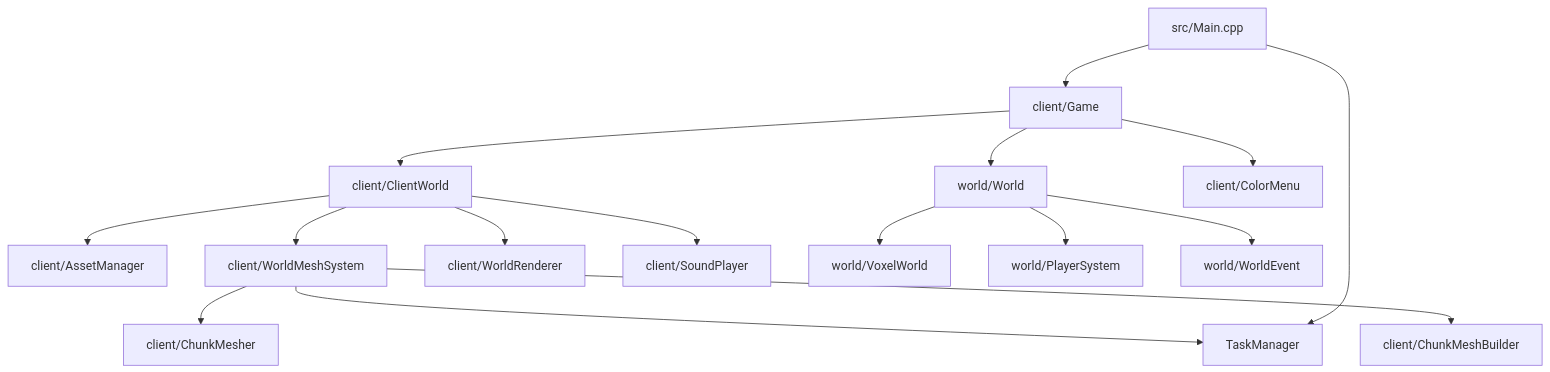
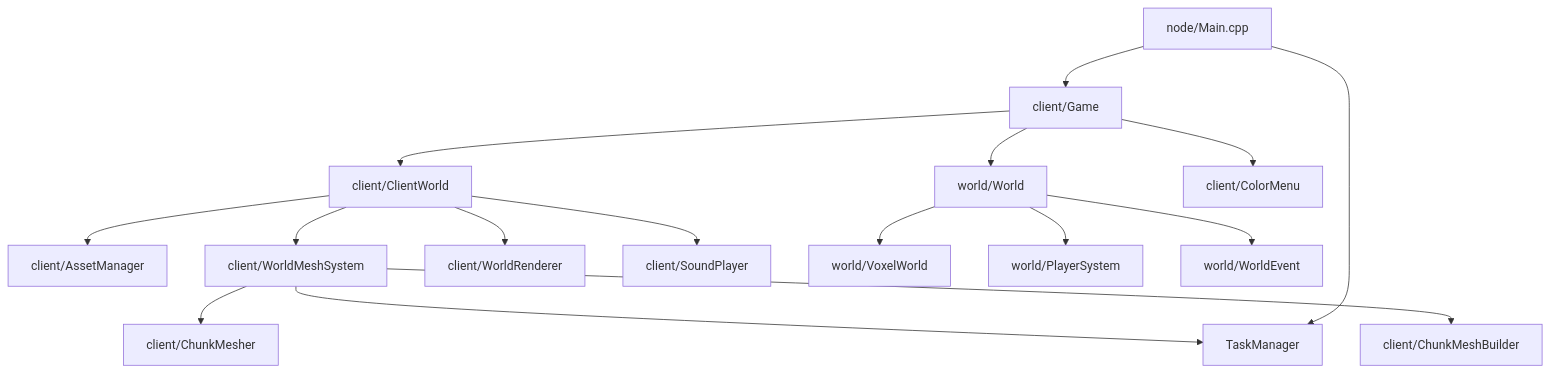
Before and after one commit to luppichristian/OpenRealm: the third of 4 diagrams in README.md, drawn with Mermaid. The commit also changed other lines of this file and 39 other files, not shown here.

````diff
--- a/README.md
+++ b/README.md
@@ -56,21 +56,21 @@
 ```mermaid
 flowchart TD
-  Main[src/Main.cpp] --> TaskManager[TaskManager]
+  Main[node/Main.cpp] --> TaskManager[TaskManager]
   Main --> Game[client/Game]
   Game --> ClientWorld[client/ClientWorld]
   Game --> World[world/World]
   Game --> ColorMenu[client/ColorMenu]
 
   ClientWorld --> AssetManager[client/AssetManager]
   ClientWorld --> MeshSystem[client/WorldMeshSystem]
   ClientWorld --> Renderer[client/WorldRenderer]
   ClientWorld --> SoundPlayer[client/SoundPlayer]
 
   World --> VoxelWorld[world/VoxelWorld]
   World --> PlayerSystem[world/PlayerSystem]
   World --> WorldEvents[world/WorldEvent]
 
   MeshSystem --> ChunkMesher[client/ChunkMesher]
   MeshSystem --> ChunkMeshBuilder[client/ChunkMeshBuilder]
   MeshSystem --> TaskManager
 ```
````
